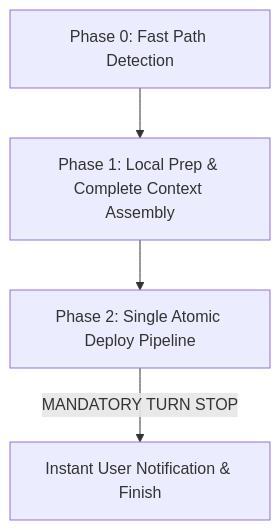
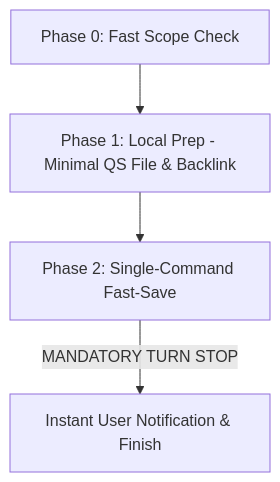
Before and after one commit to TheDarkXX/MyProjects: the diagram in .agents/skills/save/SKILL.md, drawn with Mermaid. The commit also changed other lines of this file and 6 other files, not shown here.

Commit message:
[AG] Auto-Save & Deploy V2.48.0: /save Pipeline V3.4.0 Optimization (Auto-Scaffold + Speed Rules)

````diff
--- a/.agents/skills/save/SKILL.md
+++ b/.agents/skills/save/SKILL.md
@@ -20,6 +36,6 @@
 ```mermaid
 graph TD
-    P0[Phase 0: Fast Path Detection] --> P1[Phase 1: Local Prep & Complete Context Assembly]
-    P1 --> P2[Phase 2: Single Atomic Deploy Pipeline]
+    P0[Phase 0: Fast Scope Check] --> P1[Phase 1: Local Prep - Minimal QS File & Backlink]
+    P1 --> P2[Phase 2: Single-Command Fast-Save]
     P2 -->|MANDATORY TURN STOP| P3[Instant User Notification & Finish]
 ```
````
